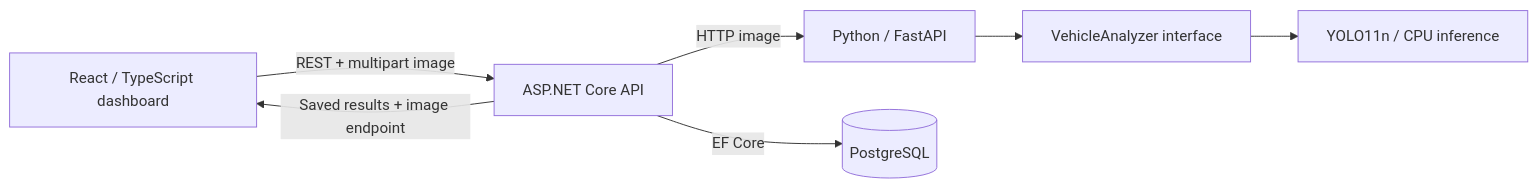
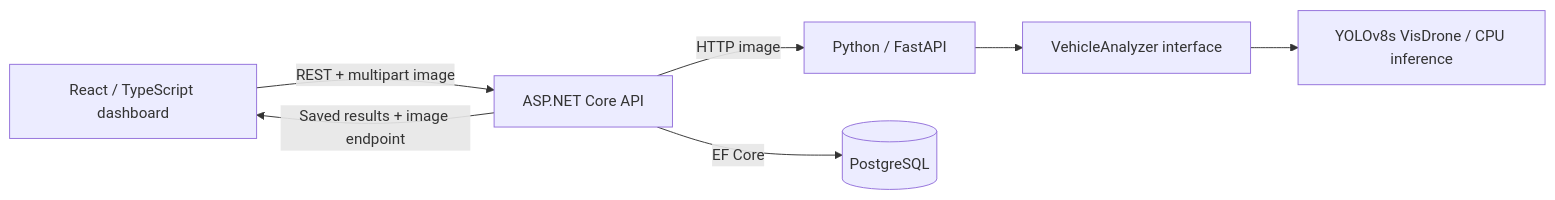
Before and after one commit to Gal10-debug/SmartParking: the diagram in README.md, drawn with Mermaid. The commit also changed other lines of this file and 2 other files, not shown here.

````diff
--- a/README.md
+++ b/README.md
@@ -14,9 +14,9 @@
 ```mermaid
 flowchart LR
     Browser[React / TypeScript dashboard] -->|REST + multipart image| API[ASP.NET Core API]
     API -->|HTTP image| AI[Python / FastAPI]
     AI --> Interface[VehicleAnalyzer interface]
-    Interface --> YOLO[YOLO11n / CPU inference]
+    Interface --> YOLO[YOLOv8s VisDrone / CPU inference]
     API -->|EF Core| DB[(PostgreSQL)]
     API -->|Saved results + image endpoint| Browser
 ```
````
